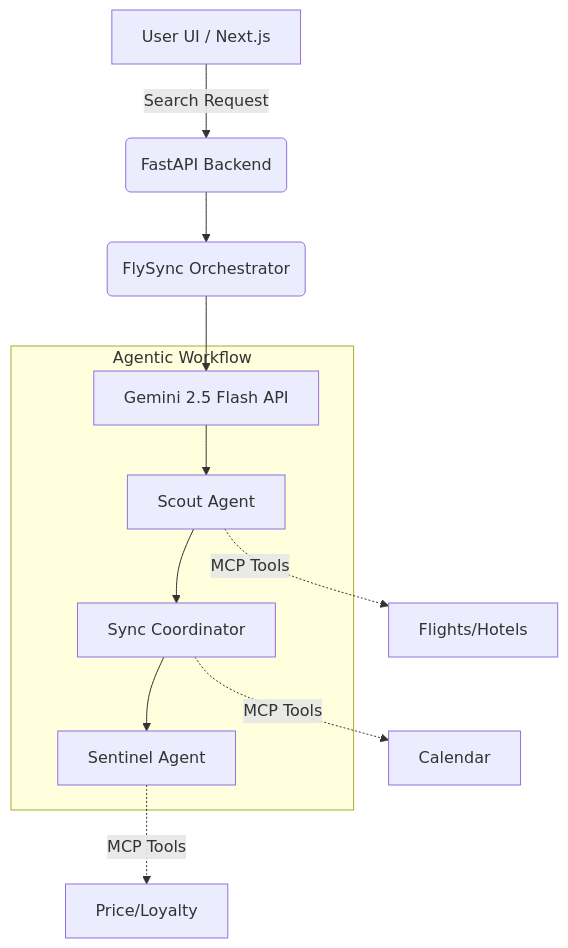
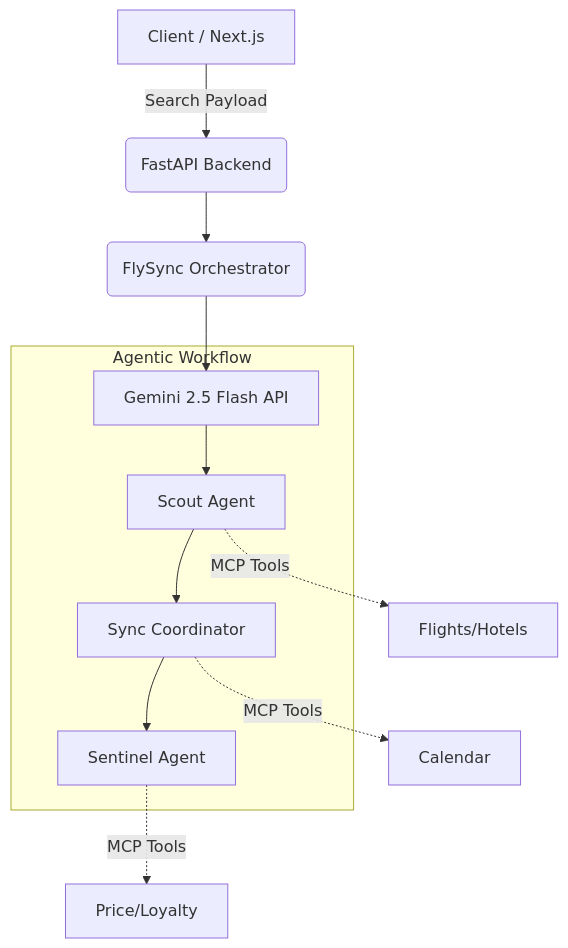
One commit to Hatim283/flysync changed the diagram in README.md. Above: the diagram before and after it, drawn with Mermaid. The commit also changed other lines of this file, not shown here.

````diff
--- a/README.md
+++ b/README.md
@@ -41,16 +38,17 @@
 ```mermaid
 graph TD;
-    User[User UI / Next.js] -->|Search Request| API(FastAPI Backend)
+    User[Client / Next.js] -->|Search Payload| API(FastAPI Backend)
     API --> Graph(FlySync Orchestrator)
     Graph --> Gemini[Gemini 2.5 Flash API]
     
     subgraph Agentic Workflow
     Gemini --> Scout[Scout Agent]
     Scout --> Sync[Sync Coordinator]
     Sync --> Sentinel[Sentinel Agent]
     end
     
     Scout -.->|MCP Tools| Flights/Hotels
     Sync -.->|MCP Tools| Calendar
     Sentinel -.->|MCP Tools| Price/Loyalty
+
 ```
````
